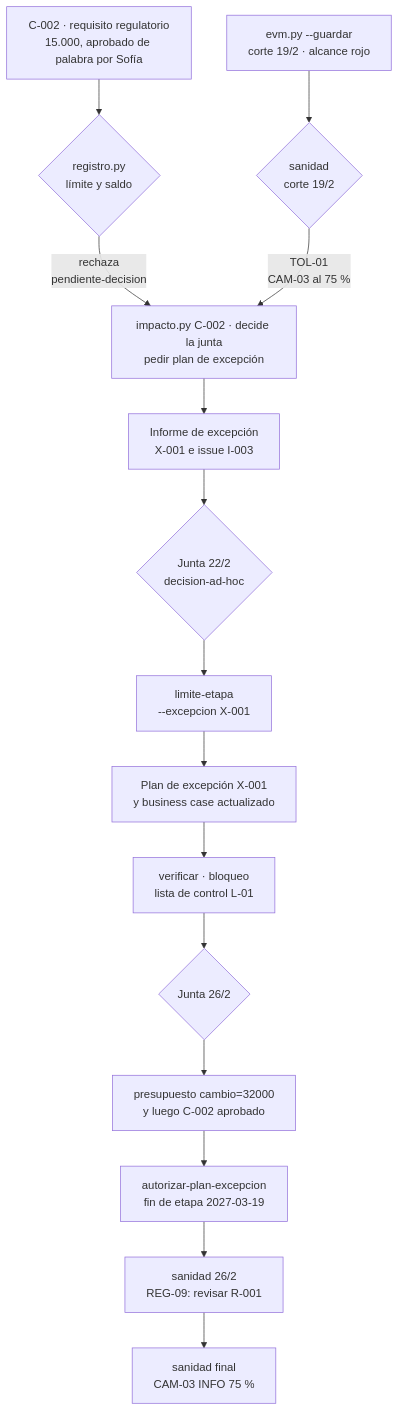
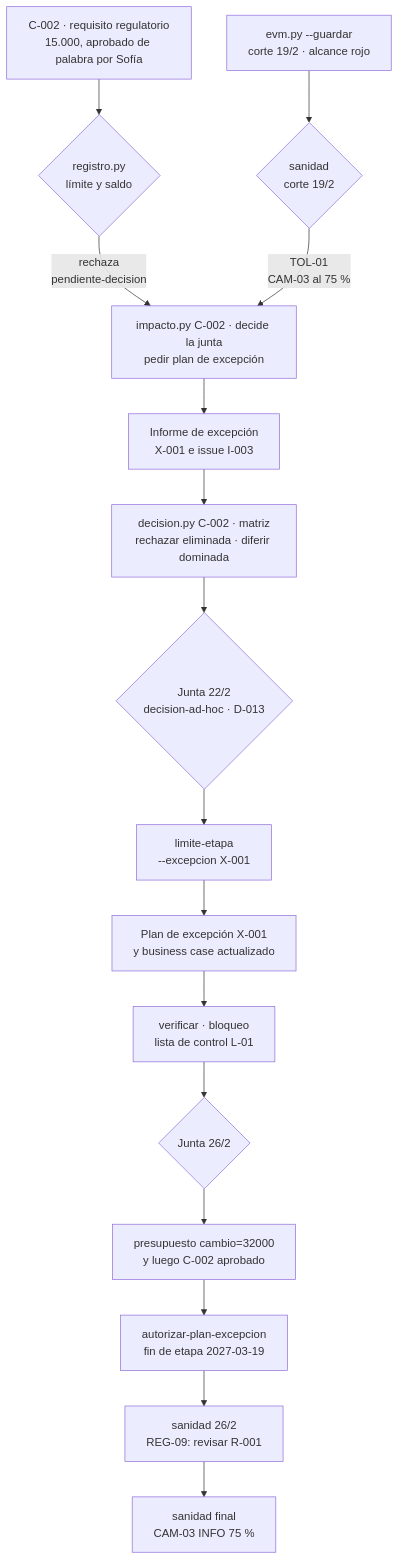
One commit to Arturo-Penas-Rial/pm-method changed the sixth of 6 diagrams in docs/guias/E2E-2-alcance-roadmap.md. Above: the diagram before and after it, drawn with Mermaid. The commit also changed other lines of this file and 277 other files, not shown here.

````diff
--- a/docs/guias/E2E-2-alcance-roadmap.md
+++ b/docs/guias/E2E-2-alcance-roadmap.md
@@ -873,17 +984,18 @@
 ```mermaid
 flowchart TB
     c2["C-002 · requisito regulatorio<br/>15.000, aprobado de palabra por Sofía"] --> rg{"registro.py<br/>límite y saldo"}
     rg -->|"rechaza<br/>pendiente-decision"| ti["impacto.py C-002 · decide la junta<br/>pedir plan de excepción"]
     ev["evm.py --guardar<br/>corte 19/2 · alcance rojo"] --> s1{"sanidad<br/>corte 19/2"}
     s1 -->|"TOL-01<br/>CAM-03 al 75 %"| ti
     ti --> x["Informe de excepción<br/>X-001 e issue I-003"]
-    x --> j1{"Junta 22/2<br/>decision-ad-hoc"}
+    x --> mz["decision.py C-002 · matriz<br/>rechazar eliminada · diferir dominada"]
+    mz --> j1{"Junta 22/2<br/>decision-ad-hoc · D-013"}
     j1 --> le["limite-etapa<br/>--excepcion X-001"]
     le --> pe["Plan de excepción X-001<br/>y business case actualizado"]
     pe --> v1["verificar · bloqueo<br/>lista de control L-01"]
     v1 --> j2{"Junta 26/2"}
     j2 --> pr["presupuesto cambio=32000<br/>y luego C-002 aprobado"]
     pr --> ap["autorizar-plan-excepcion<br/>fin de etapa 2027-03-19"]
     ap --> s2["sanidad 26/2<br/>REG-09: revisar R-001"]
     s2 --> s3["sanidad final<br/>CAM-03 INFO 75 %"]
 ```
````
